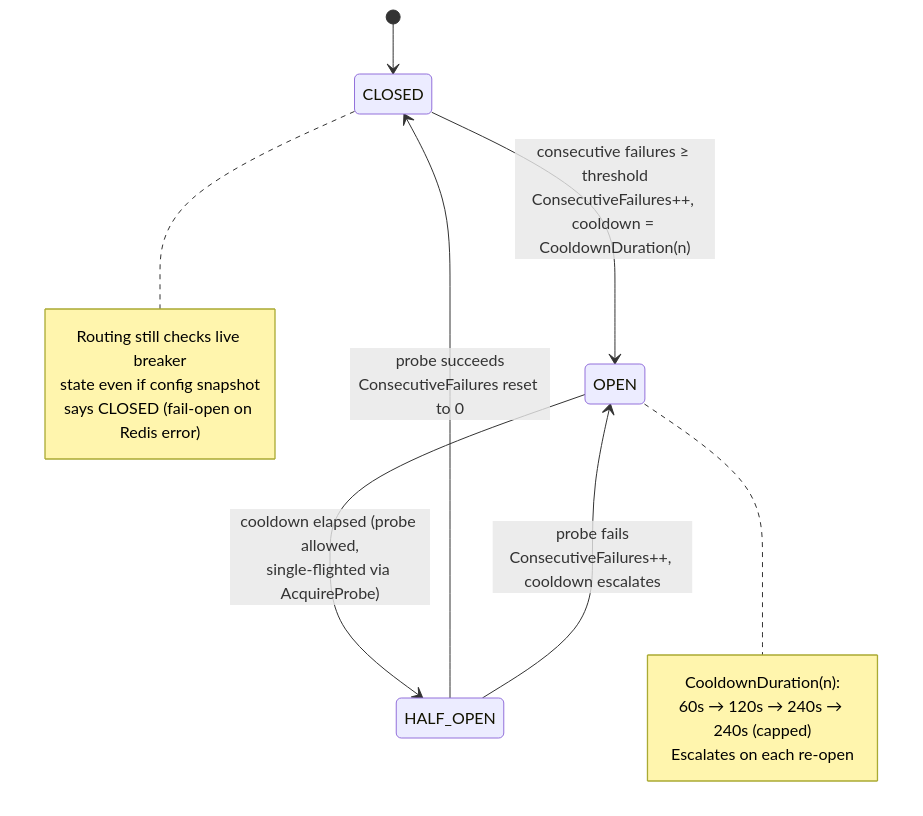
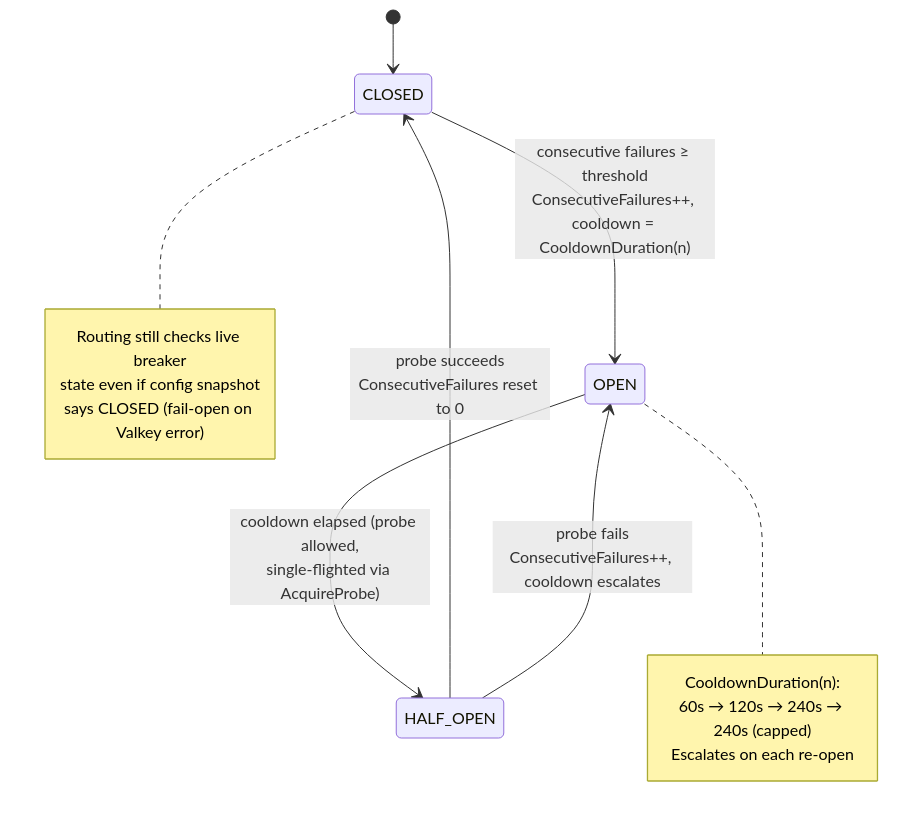
One commit to flyluman/payment-service changed the fifth of 10 diagrams in README.md. Above: the diagram before and after it, drawn with Mermaid. The commit also changed other lines of this file and 246 other files, not shown here.

````diff
--- a/README.md
+++ b/README.md
@@ -345,21 +344,21 @@
 ```mermaid
 stateDiagram-v2
     [*] --> CLOSED
 
     CLOSED --> OPEN : consecutive failures ≥ threshold<br/>ConsecutiveFailures++, cooldown = CooldownDuration(n)
     OPEN --> HALF_OPEN : cooldown elapsed (probe allowed,<br/>single-flighted via AcquireProbe)
     HALF_OPEN --> CLOSED : probe succeeds<br/>ConsecutiveFailures reset to 0
     HALF_OPEN --> OPEN : probe fails<br/>ConsecutiveFailures++, cooldown escalates
 
     note right of OPEN
         CooldownDuration(n):
         60s → 120s → 240s → 240s (capped)
         Escalates on each re-open
     end note
 
     note right of CLOSED
         Routing still checks live breaker
         state even if config snapshot
-        says CLOSED (fail-open on Redis error)
+        says CLOSED (fail-open on Valkey error)
     end note
 ```
````
